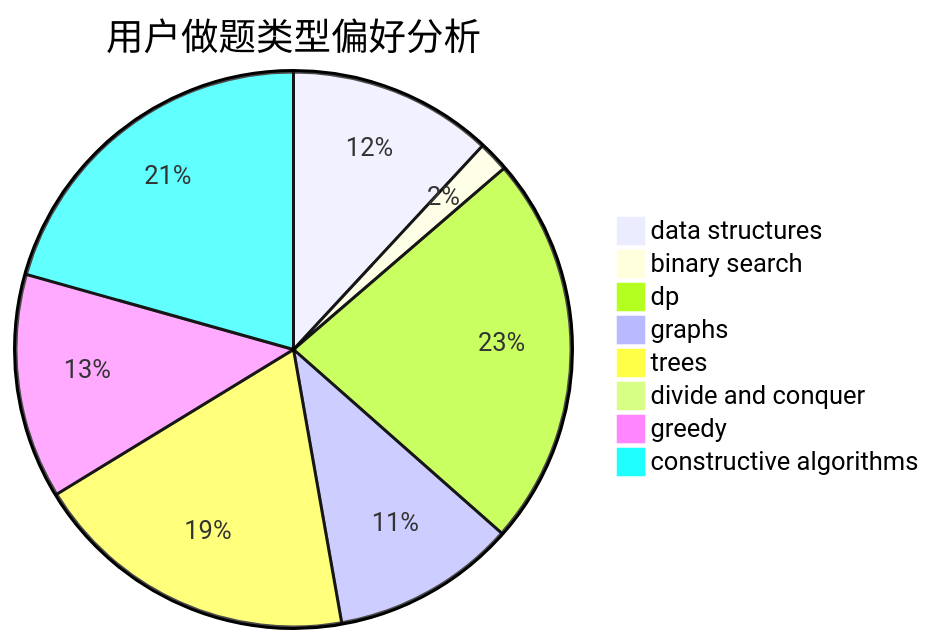
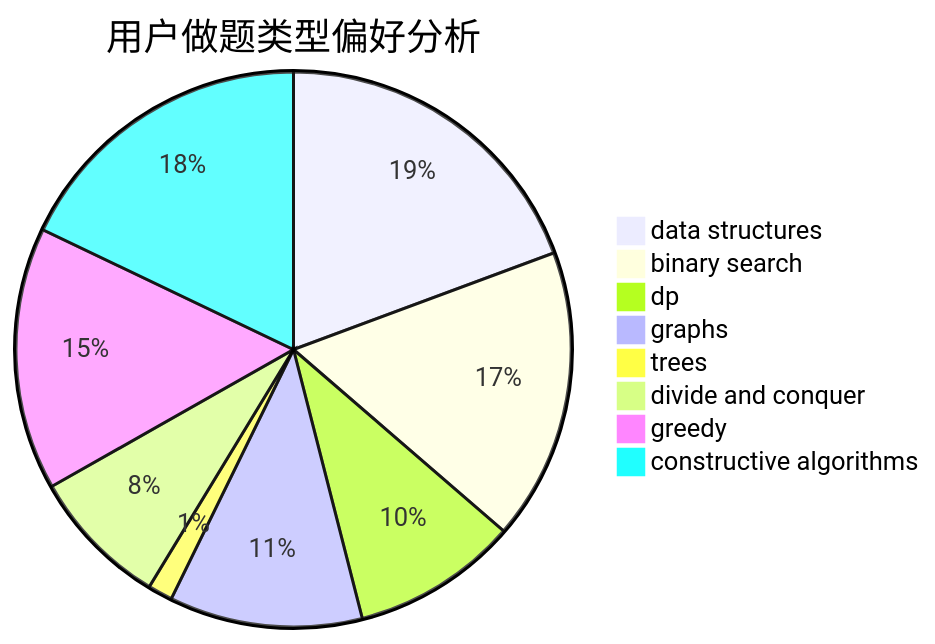
The second of 3 diagrams in docs/user/u1827.md (sherpahu/cfrs.github.io), drawn with Mermaid before and after one commit. The commit also changed other lines of this file and 2770 other files, not shown here.

````diff
--- a/docs/user/u1827.md
+++ b/docs/user/u1827.md
@@ -23,11 +23,11 @@
 ```mermaid
 pie title 用户做题类型偏好分析
-    "data structures" :  60
-    "binary search" :  9
-    "dp" :  115
-    "graphs" :  54
-    "trees" :  96
-    "divide and conquer" :  0
-    "greedy" :  66
-    "constructive algorithms" :  104
+    "data structures" :  148
+    "binary search" :  130
+    "dp" :  74
+    "graphs" :  86
+    "trees" :  11
+    "divide and conquer" :  62
+    "greedy" :  117
+    "constructive algorithms" :  137
 ```
````
